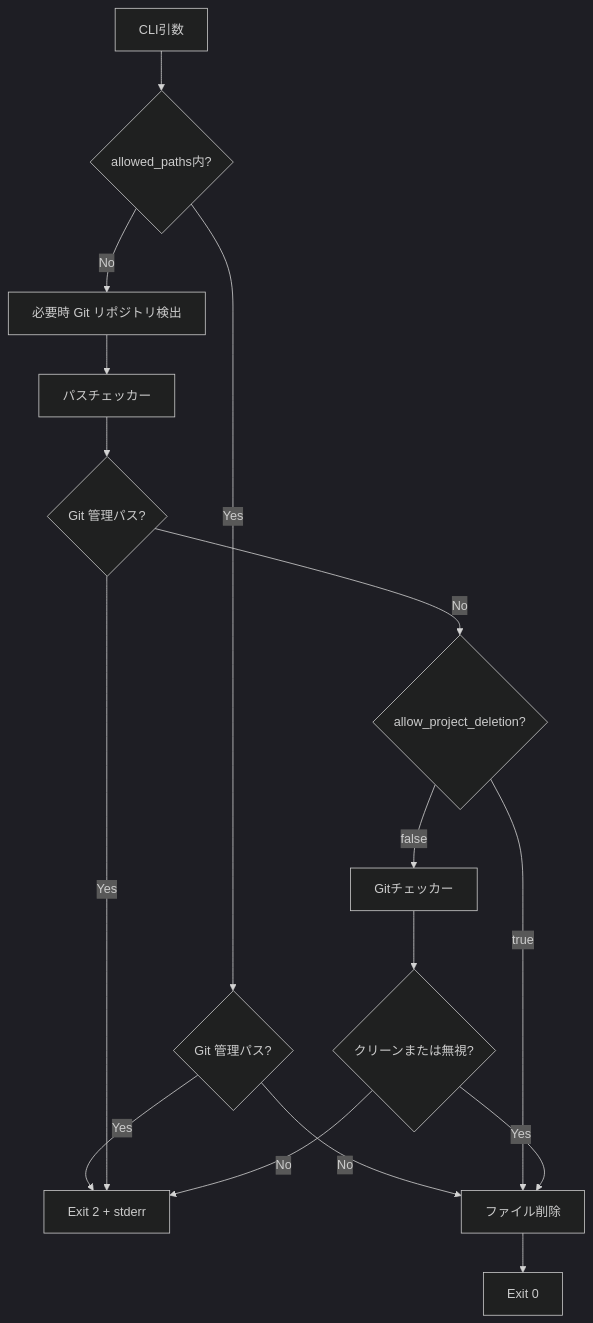
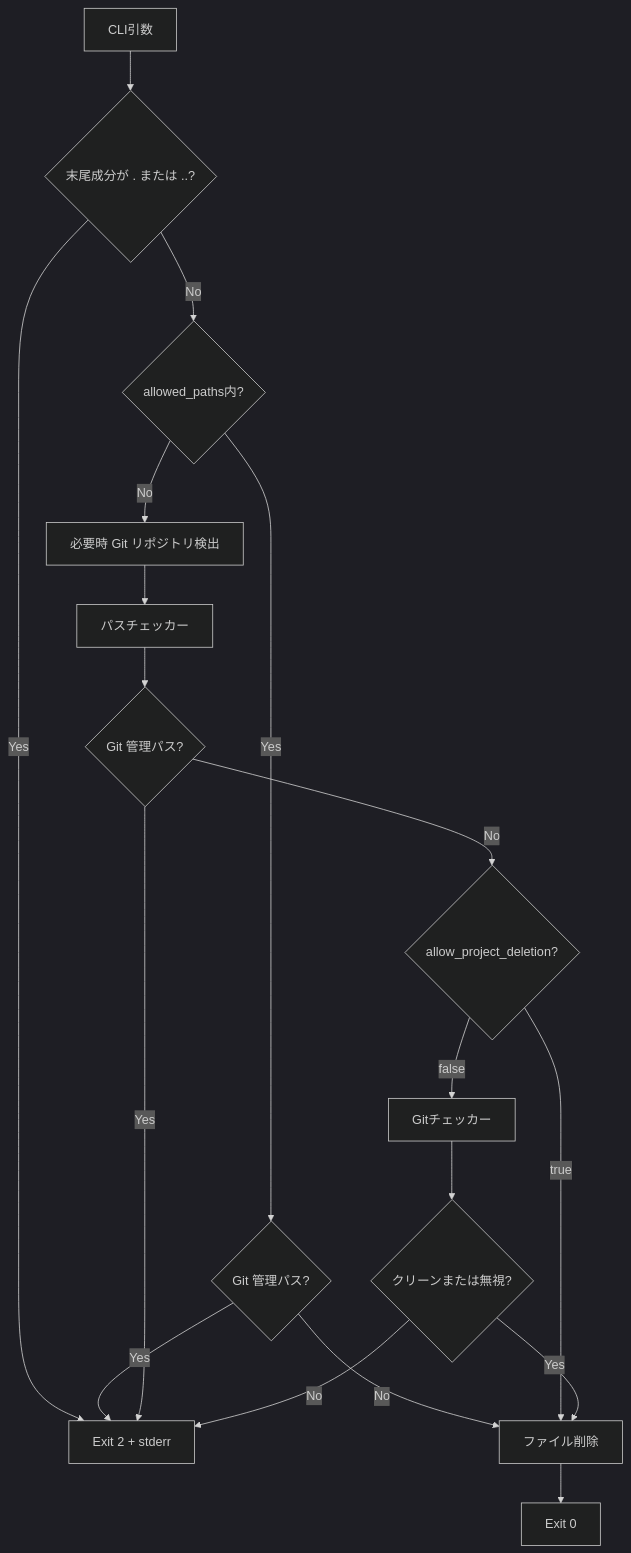
Before and after one commit to owayo/safe-rm: the first of 3 diagrams in README.ja.md, drawn with Mermaid (dark theme). The commit also changed other lines of this file and 7 other files, not shown here.

````diff
--- a/README.ja.md
+++ b/README.ja.md
@@ -182,18 +183,20 @@
 ```mermaid
 flowchart TB
-    CLI[CLI引数] --> ConfigCheck{allowed_paths内?}
+    CLI[CLI引数] --> DotCheck{末尾成分が . または ..?}
+    DotCheck -->|Yes| Exit2[Exit 2 + stderr]
+    DotCheck -->|No| ConfigCheck{allowed_paths内?}
     ConfigCheck -->|Yes| AllowedGitMetaCheck{Git 管理パス?}
-    AllowedGitMetaCheck -->|Yes| Exit2[Exit 2 + stderr]
+    AllowedGitMetaCheck -->|Yes| Exit2
     AllowedGitMetaCheck -->|No| Delete[ファイル削除]
     ConfigCheck -->|No| GitOpen[必要時 Git リポジトリ検出]
     GitOpen --> PathCheck[パスチェッカー]
     PathCheck --> GitMetaCheck{Git 管理パス?}
     GitMetaCheck -->|Yes| Exit2
     GitMetaCheck -->|No| ProjectCheck{allow_project_deletion?}
     ProjectCheck -->|true| Delete
     ProjectCheck -->|false| GitCheck[Gitチェッカー]
     GitCheck --> Result{クリーンまたは無視?}
     Result -->|Yes| Delete
     Result -->|No| Exit2
     Delete --> Exit0[Exit 0]
 ```
````
